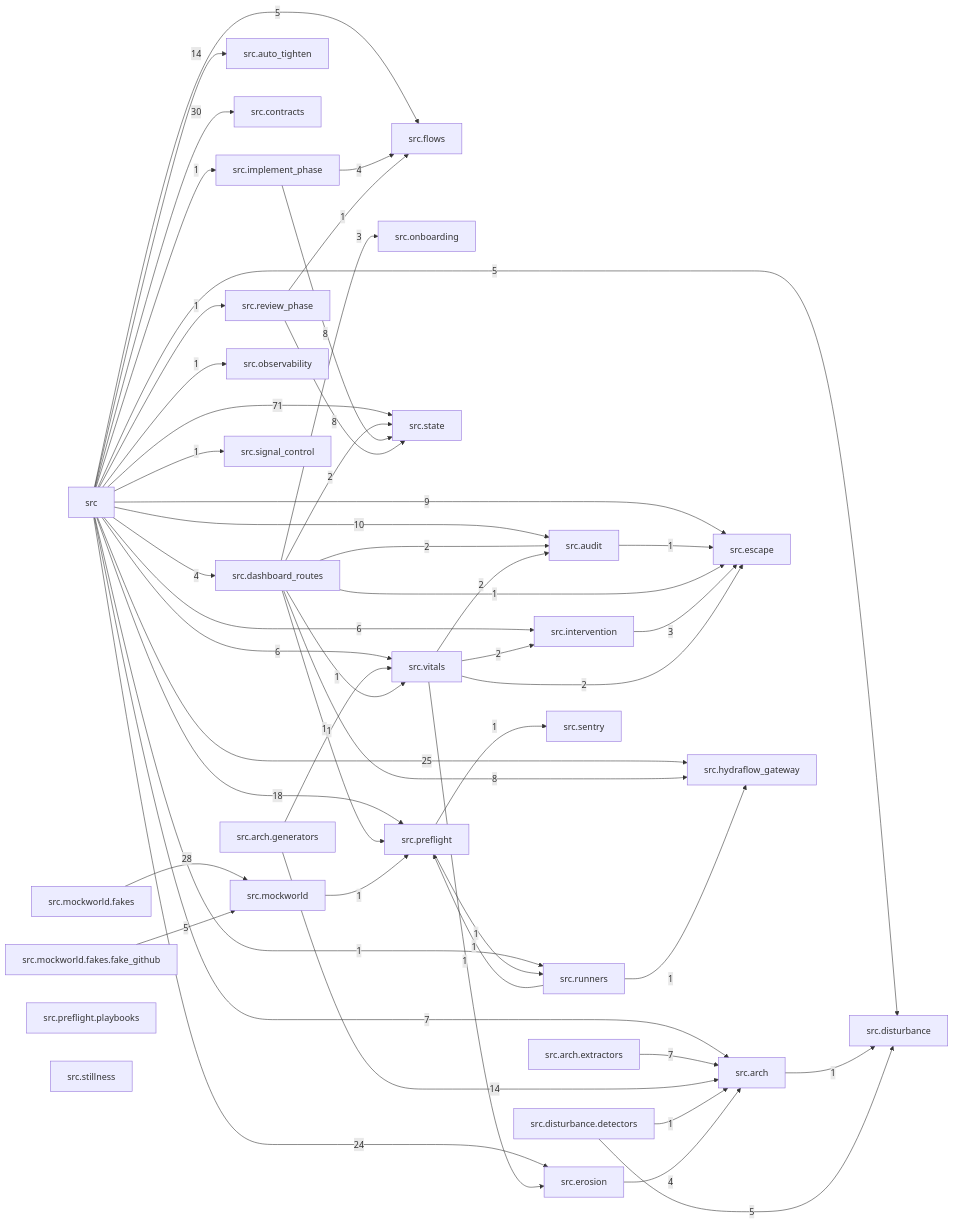
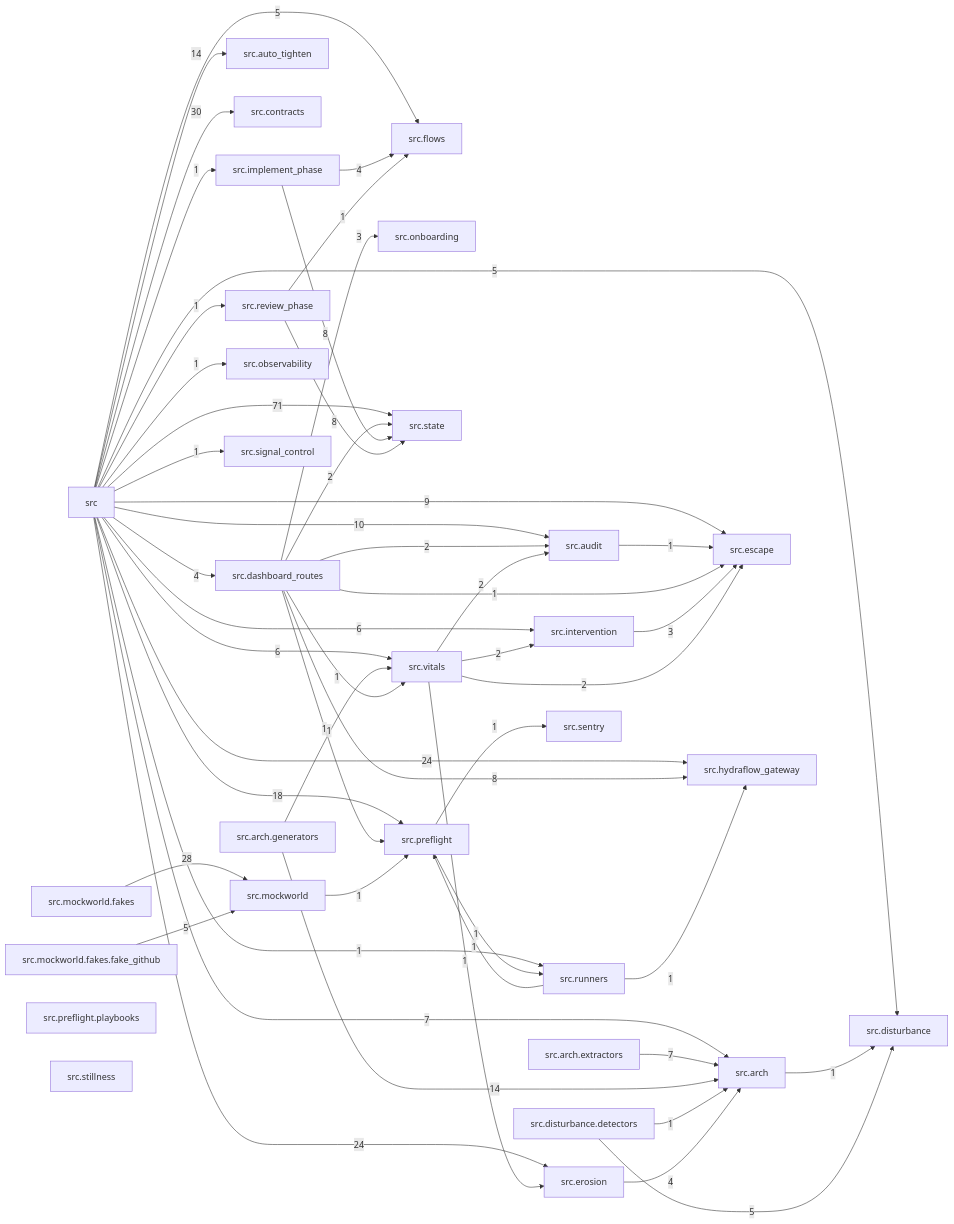
One commit to T-rav/hydraflow changed the diagram in docs/arch/generated/modules.md. Above: the diagram before and after it, drawn with Mermaid. The commit also changed 9 other files, not shown here.

```diff
--- a/docs/arch/generated/modules.md
+++ b/docs/arch/generated/modules.md
@@ -45,7 +45,7 @@
     src -- "24" --> src_erosion
     src -- "9" --> src_escape
     src -- "5" --> src_flows
-    src -- "25" --> src_hydraflow_gateway
+    src -- "24" --> src_hydraflow_gateway
     src -- "1" --> src_implement_phase
     src -- "6" --> src_intervention
     src -- "1" --> src_observability
```
